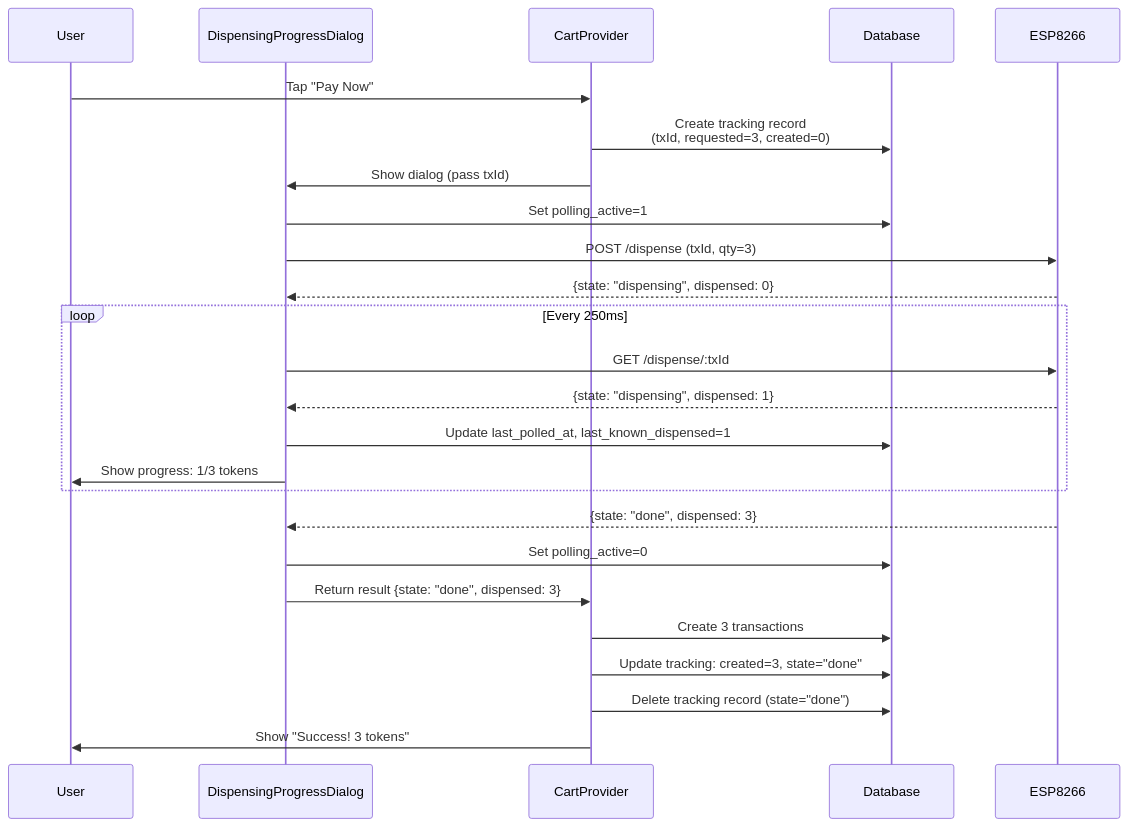
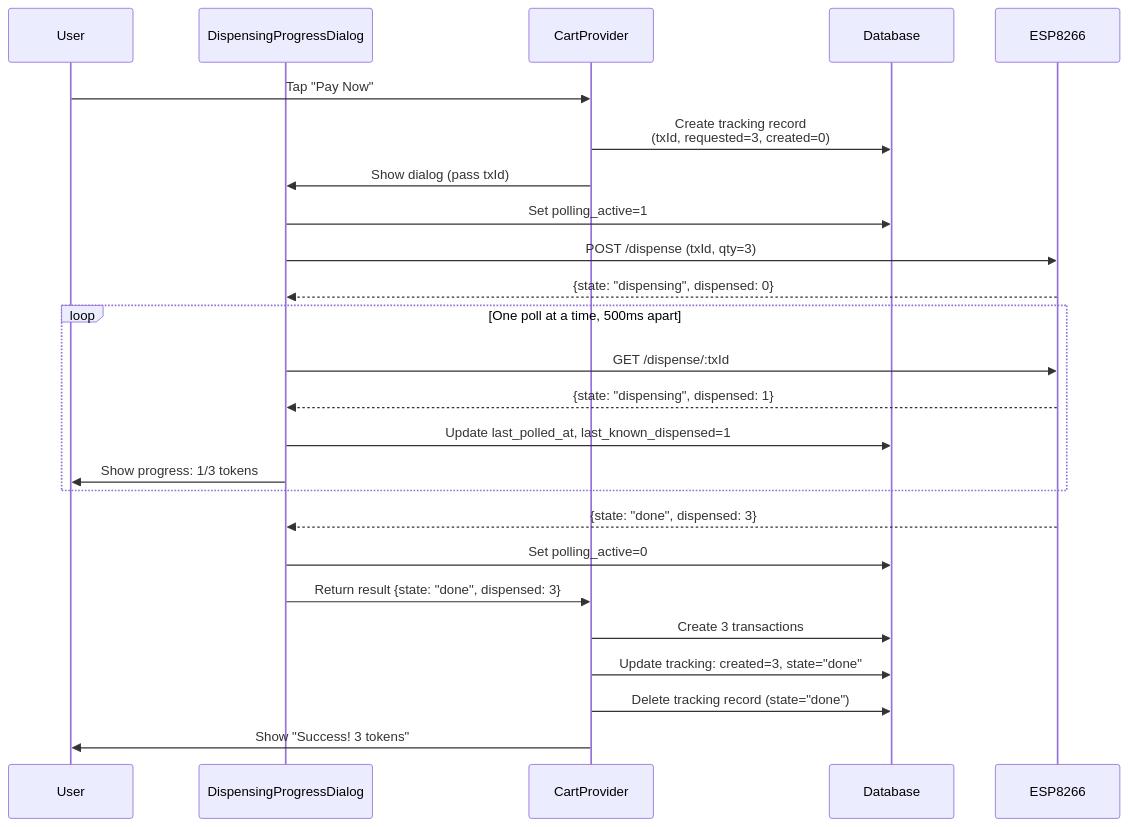
Before and after one commit to dgloeckner/clubbar: the second of 11 diagrams in docs/dispenser-crash-recovery-reconciliation.md, drawn with Mermaid. The commit also changed other lines of this file and 14 other files, not shown here.

````diff
--- a/docs/dispenser-crash-recovery-reconciliation.md
+++ b/docs/dispenser-crash-recovery-reconciliation.md
@@ -96,32 +96,32 @@
 ```mermaid
 sequenceDiagram
     participant User
     participant Dialog as DispensingProgressDialog
     participant Cart as CartProvider
     participant DB as Database
     participant ESP as ESP8266
 
     User->>Cart: Tap "Pay Now"
     Cart->>DB: Create tracking record<br/>(txId, requested=3, created=0)
     Cart->>Dialog: Show dialog (pass txId)
     
     Dialog->>DB: Set polling_active=1
     Dialog->>ESP: POST /dispense (txId, qty=3)
     ESP-->>Dialog: {state: "dispensing", dispensed: 0}
     
-    loop Every 250ms
+    loop One poll at a time, 500ms apart
         Dialog->>ESP: GET /dispense/:txId
         ESP-->>Dialog: {state: "dispensing", dispensed: 1}
         Dialog->>DB: Update last_polled_at, last_known_dispensed=1
         Dialog->>User: Show progress: 1/3 tokens
     end
     
     ESP-->>Dialog: {state: "done", dispensed: 3}
     Dialog->>DB: Set polling_active=0
     Dialog->>Cart: Return result {state: "done", dispensed: 3}
     
     Cart->>DB: Create 3 transactions
     Cart->>DB: Update tracking: created=3, state="done"
     Cart->>DB: Delete tracking record (state="done")
     Cart->>User: Show "Success! 3 tokens"
 ```
````
